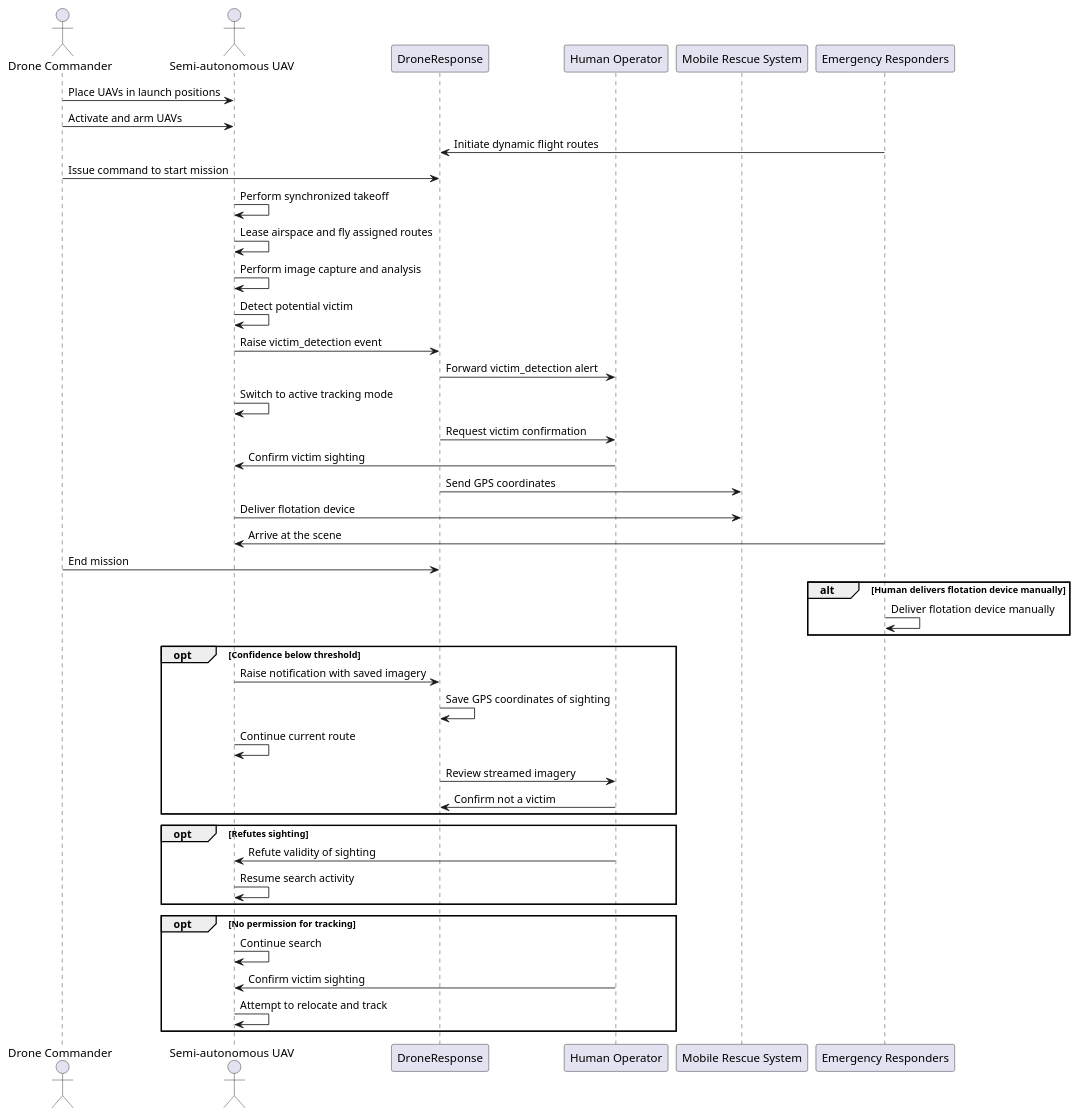
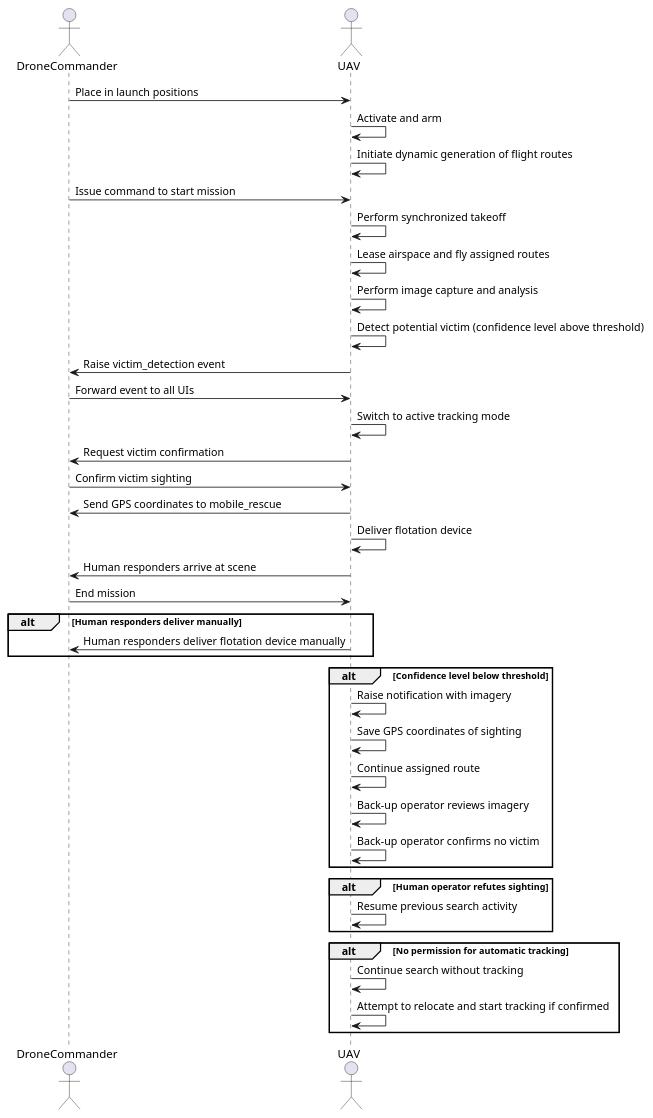
One commit to wbfenijo/Bakalarka changed the diagram in data/outputsAI/SD1.puml. Above: the diagram before and after it, drawn with PlantUML. The commit also changed other lines of this file and 102 other files, not shown here.

```diff
--- a/data/outputsAI/SD1.puml
+++ b/data/outputsAI/SD1.puml
@@ -1,49 +1,43 @@
 @startuml
-actor "Drone Commander" as DC
-actor "Semi-autonomous UAV" as UAV
-participant "DroneResponse" as DR
-participant "Human Operator" as HO
-participant "Mobile Rescue System" as MRS
-participant "Emergency Responders" as ER
+actor DroneCommander
+actor UAV
 
-DC -> UAV: Place UAVs in launch positions
-DC -> UAV: Activate and arm UAVs
-ER -> DR: Initiate dynamic flight routes
-DC -> DR: Issue command to start mission
-UAV -> UAV: Perform synchronized takeoff
-UAV -> UAV: Lease airspace and fly assigned routes
-UAV -> UAV: Perform image capture and analysis
-UAV -> UAV: Detect potential victim
-UAV -> DR: Raise victim_detection event
-DR -> HO: Forward victim_detection alert
-UAV -> UAV: Switch to active tracking mode
-DR -> HO: Request victim confirmation
-HO -> UAV: Confirm victim sighting
-DR -> MRS: Send GPS coordinates
-UAV -> MRS: Deliver flotation device
-ER -> UAV: Arrive at the scene
-DC -> DR: End mission
+DroneCommander -> UAV : Place in launch positions
+UAV -> UAV : Activate and arm
+UAV -> UAV : Initiate dynamic generation of flight routes
+DroneCommander -> UAV : Issue command to start mission
+UAV -> UAV : Perform synchronized takeoff
+UAV -> UAV : Lease airspace and fly assigned routes
+UAV -> UAV : Perform image capture and analysis
+UAV -> UAV : Detect potential victim (confidence level above threshold)
+UAV -> DroneCommander : Raise victim_detection event
+DroneCommander -> UAV : Forward event to all UIs
+UAV -> UAV : Switch to active tracking mode
+UAV -> DroneCommander : Request victim confirmation
+DroneCommander -> UAV : Confirm victim sighting
+UAV -> DroneCommander : Send GPS coordinates to mobile_rescue
+UAV -> UAV : Deliver flotation device
+UAV -> DroneCommander : Human responders arrive at scene
+DroneCommander -> UAV : End mission
 
-alt Human delivers flotation device manually
-    ER -> ER: Deliver flotation device manually
+alt Human responders deliver manually
+    UAV -> DroneCommander : Human responders deliver flotation device manually
 end
 
-opt Confidence below threshold
-    UAV -> DR: Raise notification with saved imagery
-    DR -> DR: Save GPS coordinates of sighting
-    UAV -> UAV: Continue current route
-    DR -> HO: Review streamed imagery
-    HO -> DR: Confirm not a victim
+alt Confidence level below threshold
+    UAV -> UAV : Raise notification with imagery
+    UAV -> UAV : Save GPS coordinates of sighting
+    UAV -> UAV : Continue assigned route
+    UAV -> UAV : Back-up operator reviews imagery
+    UAV -> UAV : Back-up operator confirms no victim
 end
 
-opt Refutes sighting
-    HO -> UAV: Refute validity of sighting
-    UAV -> UAV: Resume search activity
+alt Human operator refutes sighting
+    UAV -> UAV : Resume previous search activity
 end
 
-opt No permission for tracking
-    UAV -> UAV: Continue search
-    HO -> UAV: Confirm victim sighting
-    UAV -> UAV: Attempt to relocate and track
+alt No permission for automatic tracking
+    UAV -> UAV : Continue search without tracking
+    UAV -> UAV : Attempt to relocate and start tracking if confirmed
 end
 @enduml
```
